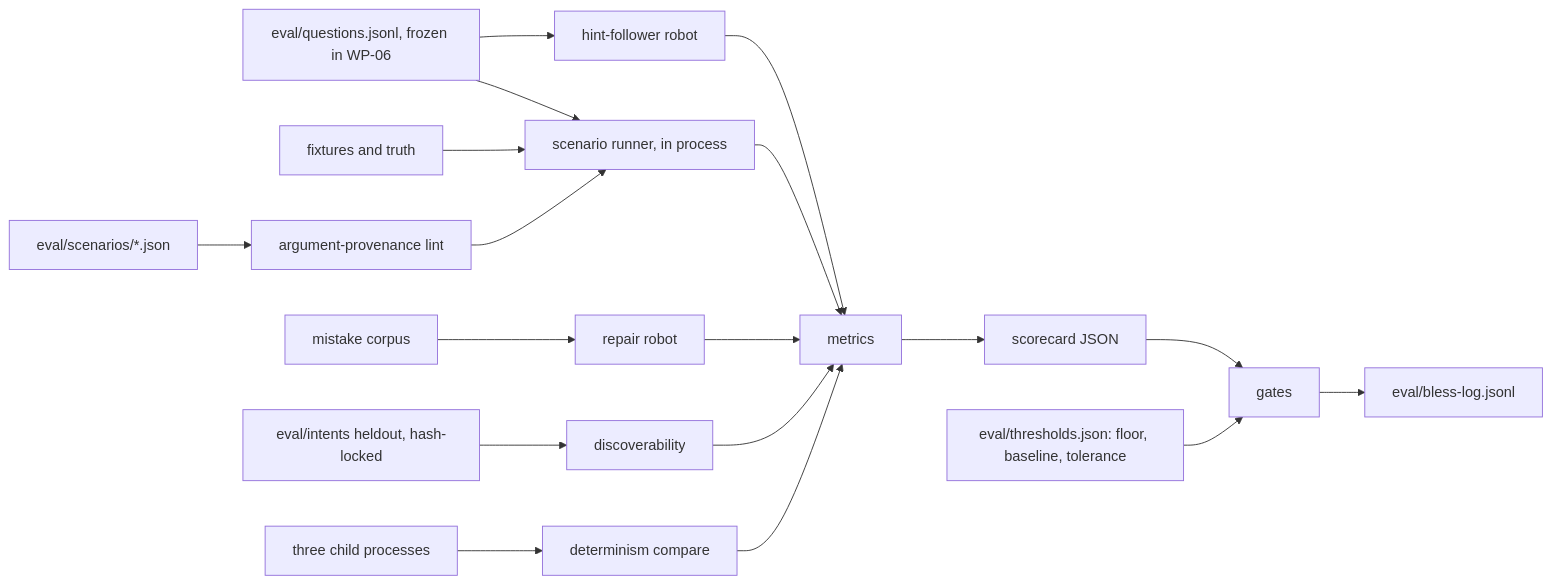
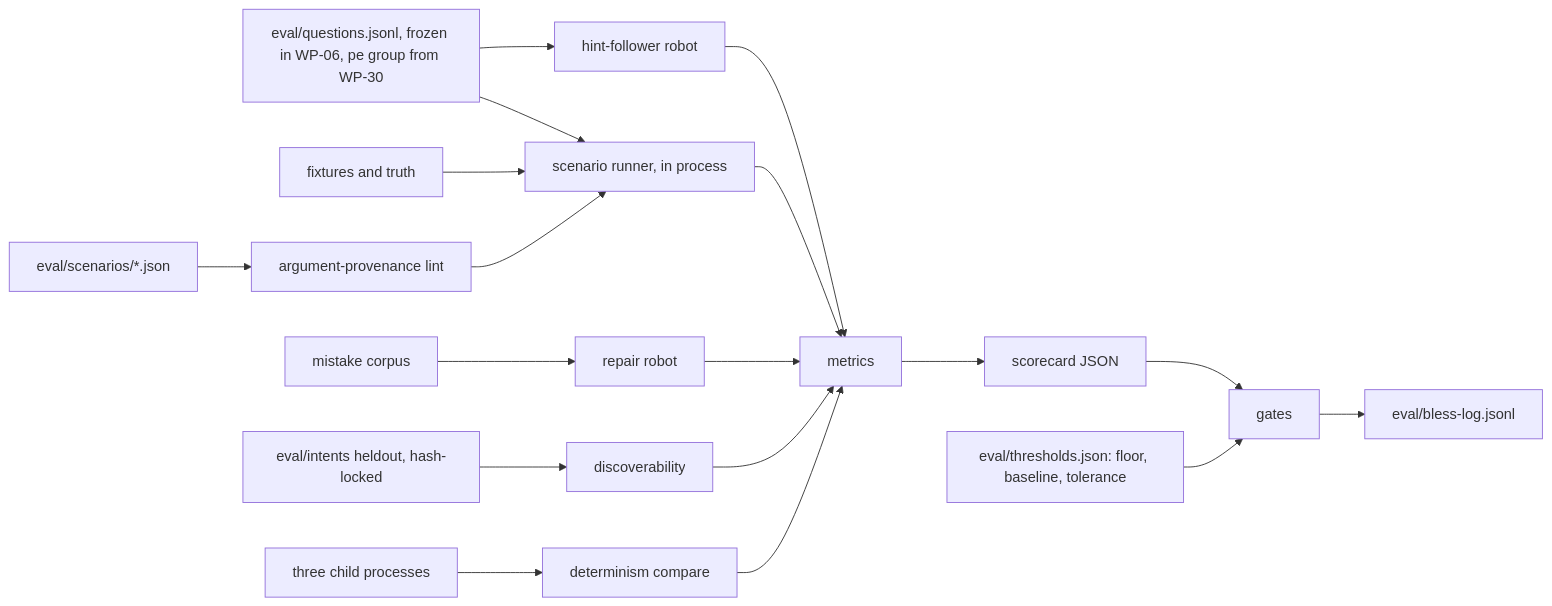
Before and after one commit to madmax983/ghidorah: the seventh of 8 diagrams in docs/design.md, drawn with Mermaid. The commit also changed other lines of this file and 13 other files, not shown here.

````diff
--- a/docs/design.md
+++ b/docs/design.md
@@ -1758,15 +1927,15 @@
 ```mermaid
 flowchart LR
-  Q[eval/questions.jsonl, frozen in WP-06] --> RUN[scenario runner, in process]
+  Q[eval/questions.jsonl, frozen in WP-06, pe group from WP-30] --> RUN[scenario runner, in process]
   FX[fixtures and truth] --> RUN
   SC[eval/scenarios/*.json] --> LINT[argument-provenance lint] --> RUN
   RUN --> MET[metrics]
   ERR[mistake corpus] --> ROB[repair robot] --> MET
   Q --> HF[hint-follower robot] --> MET
   INT[eval/intents heldout, hash-locked] --> DIS[discoverability] --> MET
   RUN2[three child processes] --> DET[determinism compare] --> MET
   MET --> REP[scorecard JSON]
   TH[eval/thresholds.json: floor, baseline, tolerance] --> GATE[gates]
   REP --> GATE
   GATE --> LOG[eval/bless-log.jsonl]
 ```
````
